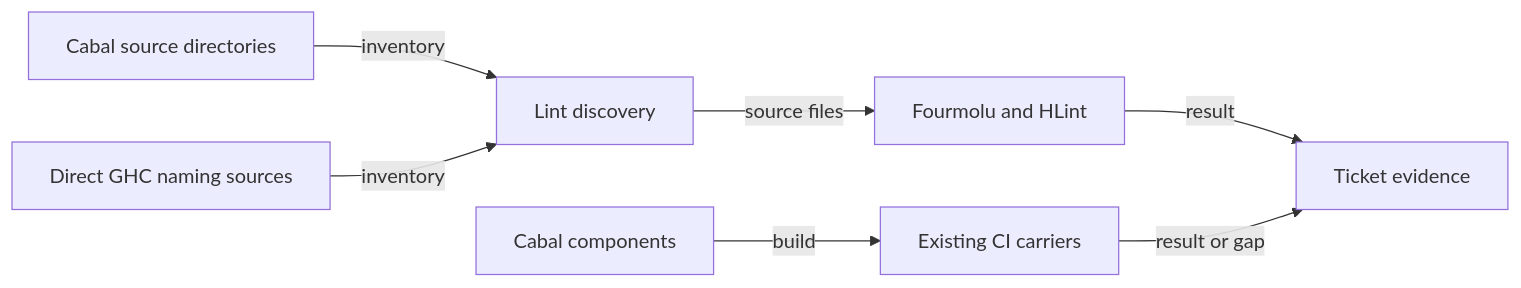
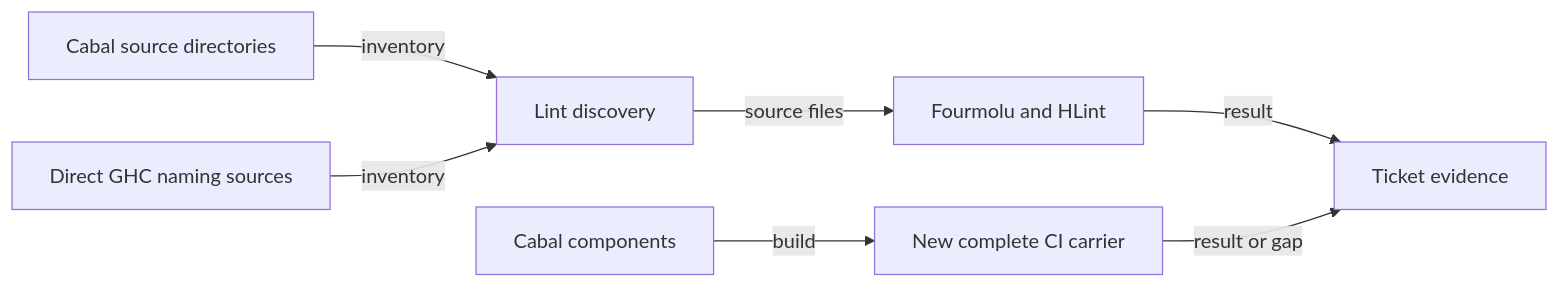
Before and after one commit to lambdasistemi/singular: the diagram in specs/264-haskell-lint-coverage/plan.md, drawn with Mermaid. The commit also changed other lines of this file and 3 other files, not shown here.

First line of the commit message:
docs: bind complete offchain component CI carrier

````diff
--- a/specs/264-haskell-lint-coverage/plan.md
+++ b/specs/264-haskell-lint-coverage/plan.md
@@ -6,9 +6,9 @@
 ```mermaid
 flowchart LR
     A[Cabal source directories] -->|inventory| B[Lint discovery]
     C[Direct GHC naming sources] -->|inventory| B
     B -->|source files| D[Fourmolu and HLint]
-    E[Cabal components] -->|build| F[Existing CI carriers]
+    E[Cabal components] -->|build| F[New complete CI carrier]
     D -->|result| G[Ticket evidence]
     F -->|result or gap| G
 ```
````
